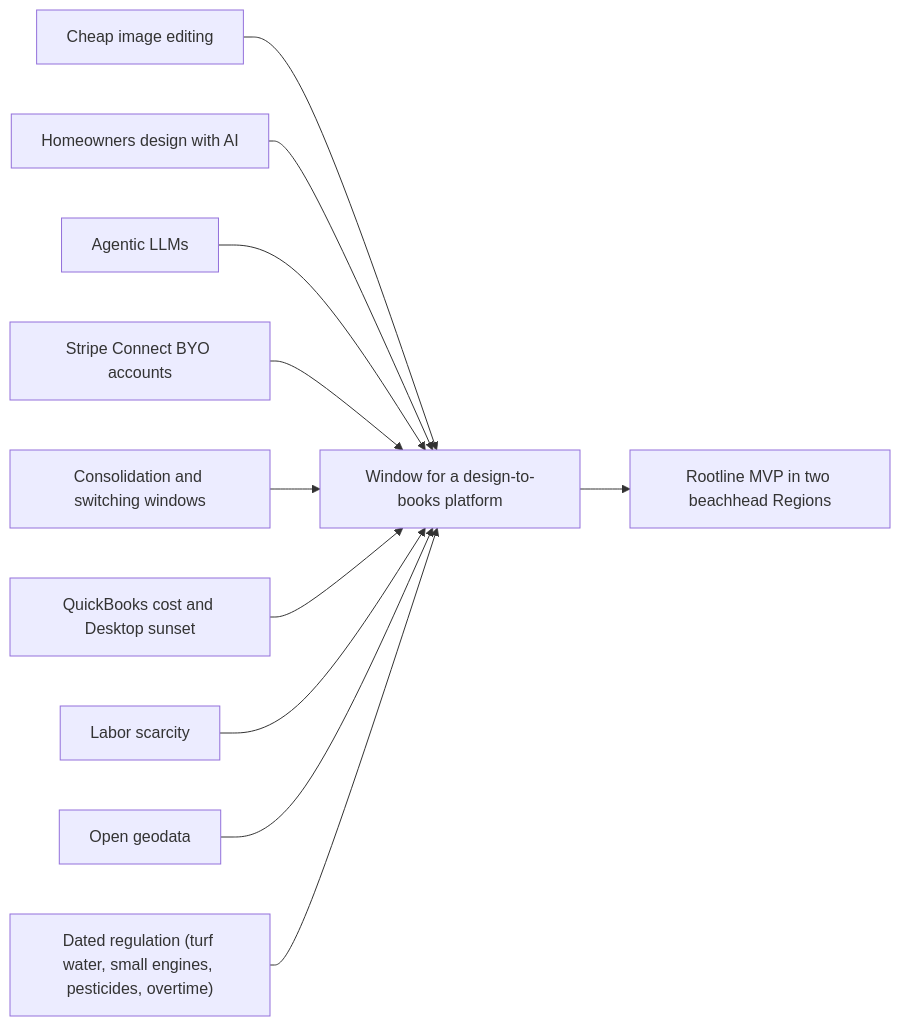
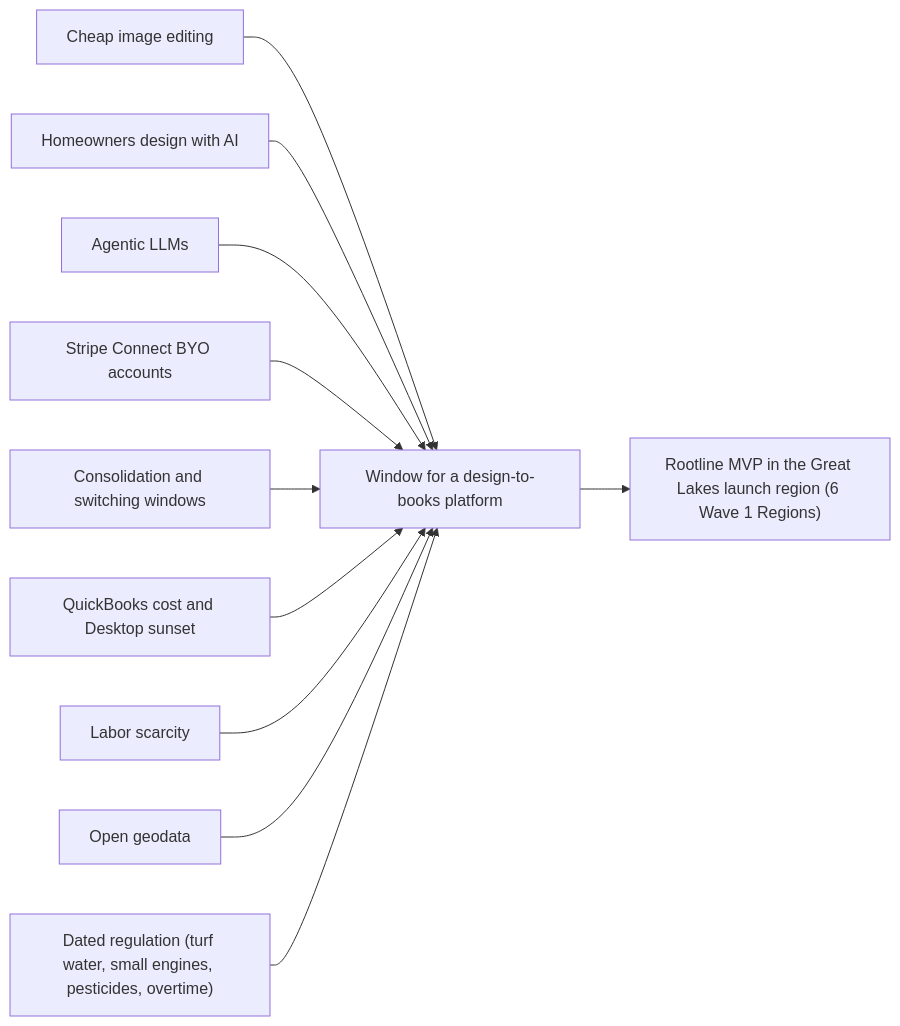
One commit to jdinard/landscape changed the seventh of 12 diagrams in docs/01-market-landscape.md. Above: the diagram before and after it, drawn with Mermaid. The commit also changed other lines of this file and 6 other files, not shown here.

First line of the commit message:
WIP: Great Lakes launch decision in market landscape (01) and business model/GTM (22)

````diff
--- a/docs/01-market-landscape.md
+++ b/docs/01-market-landscape.md
@@ -858,13 +858,13 @@
 ```mermaid
 flowchart LR
   F1["Cheap image editing"] --> W["Window for a design-to-books platform"]
   F2["Homeowners design with AI"] --> W
   F3["Agentic LLMs"] --> W
   F4["Stripe Connect BYO accounts"] --> W
   F5["Consolidation and switching windows"] --> W
   F6["QuickBooks cost and Desktop sunset"] --> W
   F7["Labor scarcity"] --> W
   F8["Open geodata"] --> W
   F9["Dated regulation (turf water, small engines, pesticides, overtime)"] --> W
-  W --> R["Rootline MVP in two beachhead Regions"]
+  W --> R["Rootline MVP in the Great Lakes launch region (6 Wave 1 Regions)"]
 ```
````
